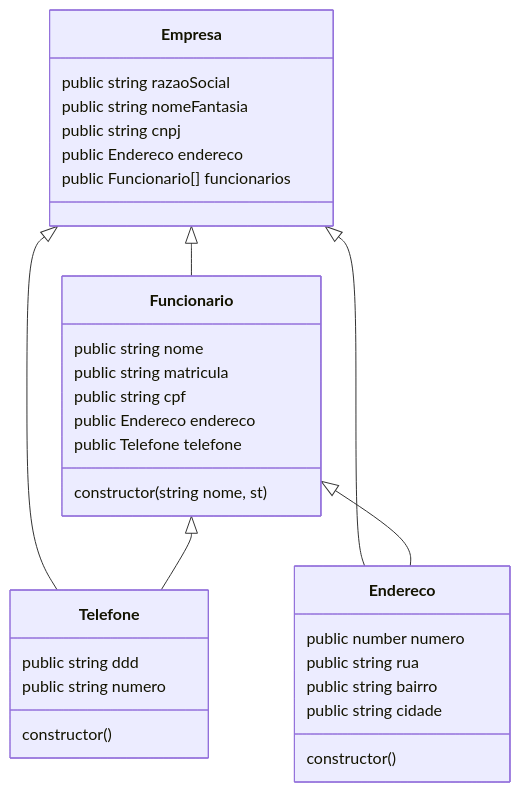
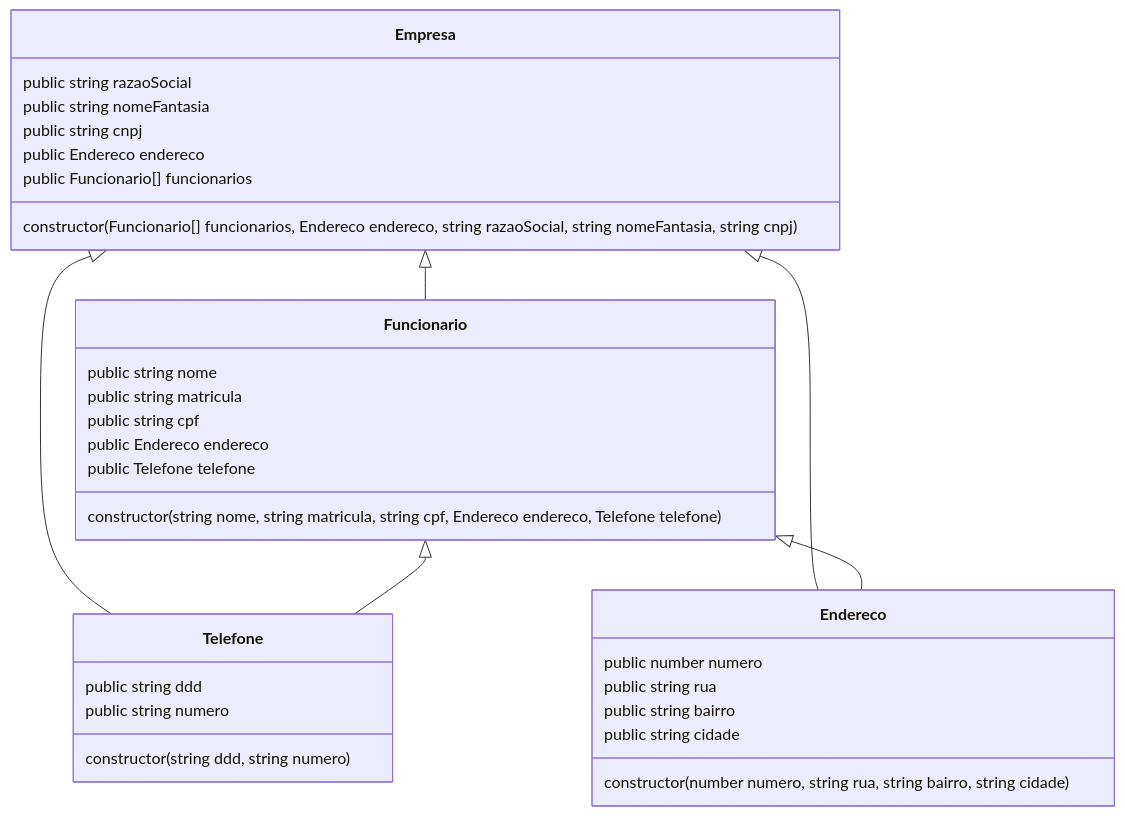
The diagram in README.md (henrySilverIX/RT1), drawn with Mermaid before and after one commit.

Commit message:
Edição no readme.md, alteração no UML

````diff
--- a/README.md
+++ b/README.md
@@ -7,41 +7,45 @@
 ```mermaid
 classDiagram
     Empresa <|-- Funcionario
     Empresa <|-- Telefone
     Empresa <|-- Endereco
 
     Funcionario <|-- Telefone
     Funcionario <|-- Endereco
 
     Empresa : public string razaoSocial
     Empresa : public string nomeFantasia
     Empresa : public string cnpj
     Empresa : public Endereco endereco
     Empresa : public Funcionario[] funcionarios
 
     Funcionario: public string nome
     Funcionario: public string matricula
     Funcionario: public string cpf
     Funcionario: public Endereco endereco
     Funcionario: public Telefone telefone
 
-    class Funcionario {
-        constructor(string nome, st)
-    }
-
-    Telefone: public string ddd
-    Telefone: public string numero
-
-    class Telefone {
-        constructor()
-    }
-
     Endereco: public number numero
     Endereco: public string rua
     Endereco: public string bairro
     Endereco: public string cidade
 
+    Telefone: public string ddd
+    Telefone: public string numero
+
+    class Empresa{
+        constructor(Funcionario[] funcionarios, Endereco endereco, string razaoSocial, string nomeFantasia, string cnpj)
+    }
+
+    class Funcionario {
+        constructor(string nome, string matricula, string cpf, Endereco endereco, Telefone telefone)
+    }
+
+    class Telefone {
+        constructor(string ddd, string numero)
+    }
+
     class Endereco {
-        constructor()
+        constructor(number numero, string rua, string bairro, string cidade)
     }
 ```
````
